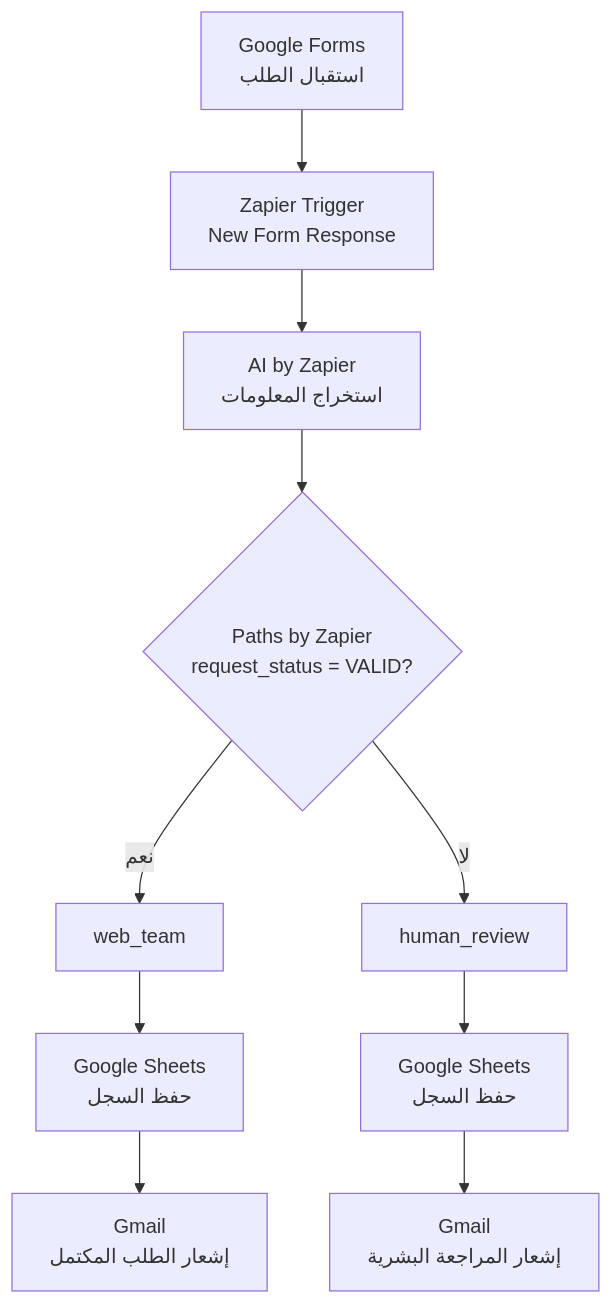
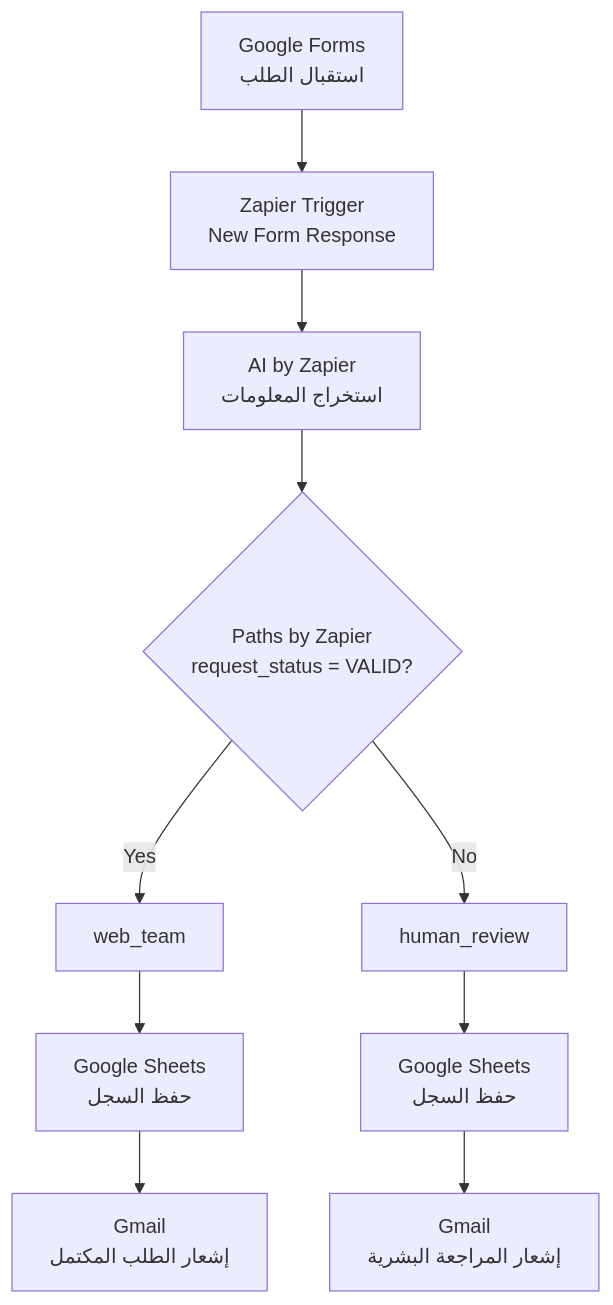
The diagram in 01-Process & Data Thinking/Course-Project/README.md (doaasami9/doaa-S-AlBatniji-ai-automationportfolio), drawn with Mermaid before and after one commit. The commit also changed other lines of this file, not shown here.

````diff
--- a/01-Process & Data Thinking/Course-Project/README.md
+++ b/01-Process & Data Thinking/Course-Project/README.md
@@ -188,12 +299,12 @@
 ```mermaid
 flowchart TD
     A["Google Forms<br/>استقبال الطلب"] --> B["Zapier Trigger<br/>New Form Response"]
     B --> C["AI by Zapier<br/>استخراج المعلومات"]
     C --> D{"Paths by Zapier<br/>request_status = VALID?"}
-    D -->|نعم| E["web_team"]
-    D -->|لا| F["human_review"]
+    D -->|Yes| E["web_team"]
+    D -->|No| F["human_review"]
     E --> G["Google Sheets<br/>حفظ السجل"]
     F --> H["Google Sheets<br/>حفظ السجل"]
     G --> I["Gmail<br/>إشعار الطلب المكتمل"]
     H --> J["Gmail<br/>إشعار المراجعة البشرية"]
 ```
````
